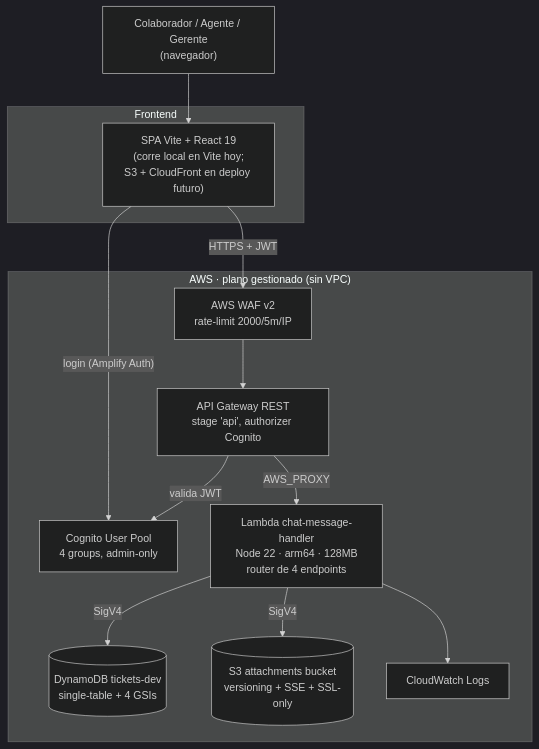
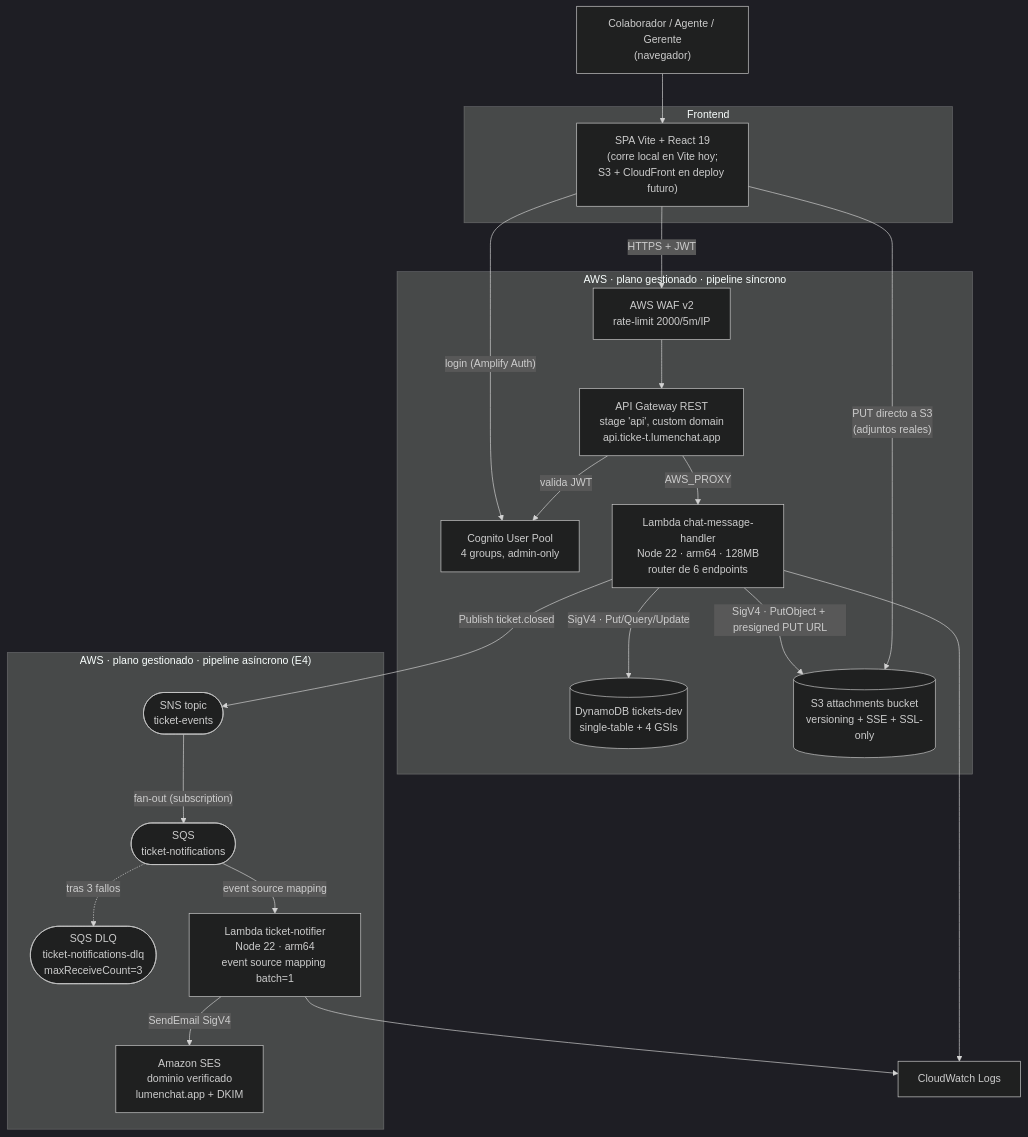
The second of 2 diagrams in cloud/docs/project.md (SebastianAlecio/PDDS-2-trimestre-proyecto), drawn with Mermaid (dark theme) before and after one commit. The commit also changed other lines of this file, not shown here.

````diff
--- a/cloud/docs/project.md
+++ b/cloud/docs/project.md
@@ -334,27 +349,45 @@
 ```mermaid
 flowchart TB
   user["Colaborador / Agente / Gerente<br/>(navegador)"]
 
   subgraph fe["Frontend"]
     spa["SPA Vite + React 19<br/>(corre local en Vite hoy;<br/>S3 + CloudFront en deploy futuro)"]
   end
 
-  subgraph aws["AWS · plano gestionado (sin VPC)"]
+  subgraph sync["AWS · plano gestionado · pipeline síncrono"]
     waf["AWS WAF v2<br/>rate-limit 2000/5m/IP"]
-    apigw["API Gateway REST<br/>stage 'api', authorizer Cognito"]
+    apigw["API Gateway REST<br/>stage 'api', custom domain<br/>api.ticke-t.lumenchat.app"]
     cognito["Cognito User Pool<br/>4 groups, admin-only"]
-    lambda["Lambda chat-message-handler<br/>Node 22 · arm64 · 128MB<br/>router de 4 endpoints"]
+    lambda["Lambda chat-message-handler<br/>Node 22 · arm64 · 128MB<br/>router de 6 endpoints"]
     ddb[("DynamoDB tickets-dev<br/>single-table + 4 GSIs")]
     s3[("S3 attachments bucket<br/>versioning + SSE + SSL-only")]
-    cw["CloudWatch Logs"]
   end
+
+  subgraph async["AWS · plano gestionado · pipeline asíncrono (E4)"]
+    sns(["SNS topic<br/>ticket-events"])
+    sqs(["SQS<br/>ticket-notifications"])
+    dlq(["SQS DLQ<br/>ticket-notifications-dlq<br/>maxReceiveCount=3"])
+    notifier["Lambda ticket-notifier<br/>Node 22 · arm64<br/>event source mapping batch=1"]
+    ses["Amazon SES<br/>dominio verificado<br/>lumenchat.app + DKIM"]
+  end
+
+  cw["CloudWatch Logs"]
 
   user --> spa
   spa -- "login (Amplify Auth)" --> cognito
   spa -- "HTTPS + JWT" --> waf --> apigw
   apigw -- "valida JWT" --> cognito
   apigw -- "AWS_PROXY" --> lambda
-  lambda -- "SigV4" --> ddb
-  lambda -- "SigV4" --> s3
+  lambda -- "SigV4 · Put/Query/Update" --> ddb
+  lambda -- "SigV4 · PutObject + presigned PUT URL" --> s3
+  spa -- "PUT directo a S3<br/>(adjuntos reales)" --> s3
+
+  lambda -- "Publish ticket.closed" --> sns
+  sns -- "fan-out (subscription)" --> sqs
+  sqs -- "event source mapping" --> notifier
+  notifier -- "SendEmail SigV4" --> ses
+  sqs -. "tras 3 fallos" .-> dlq
+
   lambda --> cw
+  notifier --> cw
 ```
````
